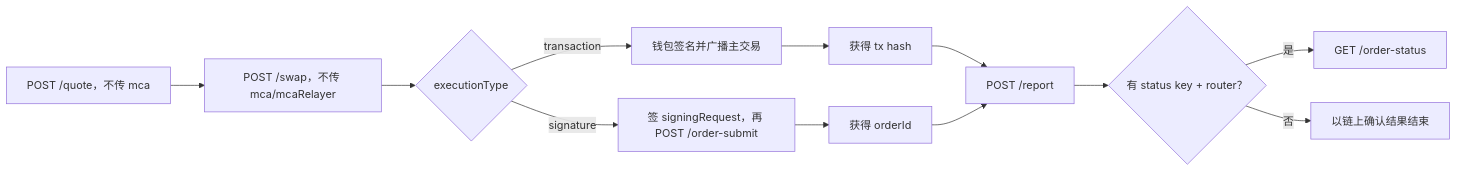
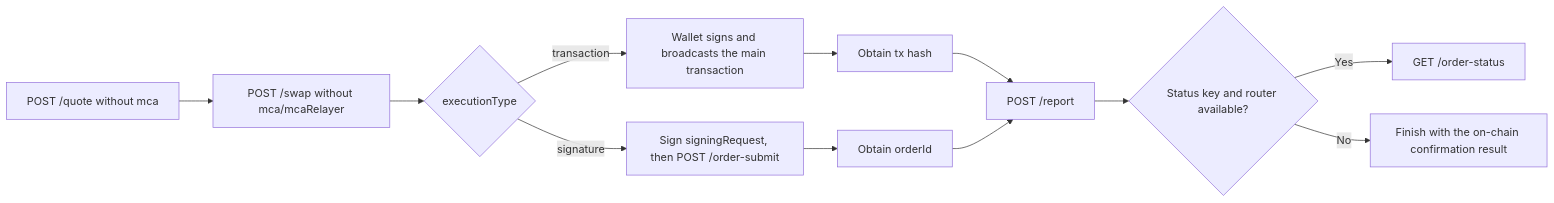
One commit to rhea-finance/rhea-sdk-docs changed the second of 6 diagrams in MCA_SWAP_HTTP_API.md. Above: the diagram before and after it, drawn with Mermaid. The commit also changed other lines of this file, not shown here.

````diff
--- a/MCA_SWAP_HTTP_API.md
+++ b/MCA_SWAP_HTTP_API.md
@@ -452,14 +452,14 @@
 ```mermaid
 flowchart LR
-  Q["POST /quote，不传 mca"] --> B["POST /swap，不传 mca/mcaRelayer"]
+  Q["POST /quote without mca"] --> B["POST /swap without mca/mcaRelayer"]
   B --> E{"executionType"}
-  E -->|"transaction"| T["钱包签名并广播主交易"]
-  E -->|"signature"| S["签 signingRequest，再 POST /order-submit"]
-  T --> H["获得 tx hash"]
-  S --> O["获得 orderId"]
+  E -->|"transaction"| T["Wallet signs and broadcasts the main transaction"]
+  E -->|"signature"| S["Sign signingRequest, then POST /order-submit"]
+  T --> H["Obtain tx hash"]
+  S --> O["Obtain orderId"]
   H --> R["POST /report"]
   O --> R
-  R --> P{"有 status key + router？"}
-  P -->|"是"| ST["GET /order-status"]
-  P -->|"否"| C["以链上确认结果结束"]
+  R --> P{"Status key and router available?"}
+  P -->|"Yes"| ST["GET /order-status"]
+  P -->|"No"| C["Finish with the on-chain confirmation result"]
 ```
````
